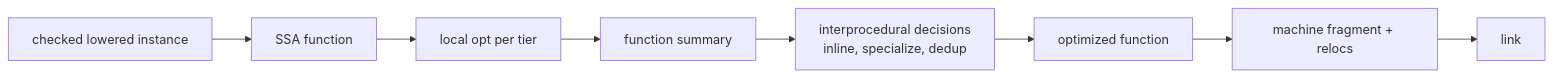
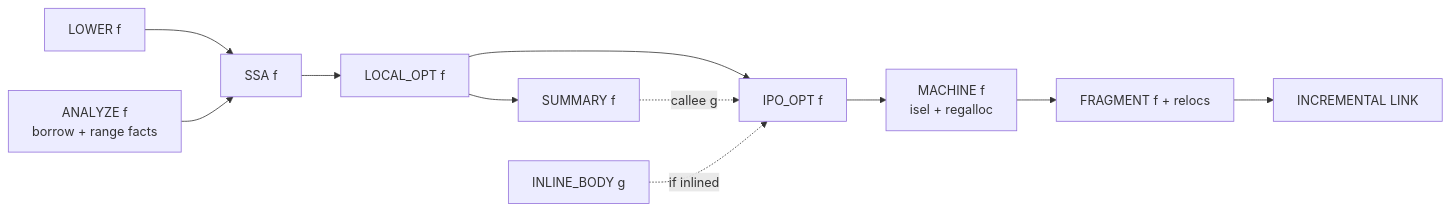
Before and after one commit to 1jehuang/justrust: the diagram in OPTIMIZATION.md, drawn with Mermaid. The commit also changed other lines of this file and 1 other file, not shown here.

Commit message:
Document adaptive graph-native optimizer design, profile semantics and JR_OPT off switch

````diff
--- a/OPTIMIZATION.md
+++ b/OPTIMIZATION.md
@@ -57,10 +145,13 @@
 ```mermaid
 flowchart LR
-  A[checked lowered instance] --> B[SSA function]
-  B --> C[local opt per tier]
-  C --> D[function summary]
-  D --> E[interprocedural decisions<br/>inline, specialize, dedup]
-  E --> F[optimized function]
-  F --> G[machine fragment + relocs]
-  G --> H[link]
+  L[LOWER f] --> S[SSA f]
+  A[ANALYZE f<br/>borrow + range facts] --> S
+  S --> O1[LOCAL_OPT f]
+  O1 --> SUM[SUMMARY f]
+  O1 --> IPO[IPO_OPT f]
+  SUM -. callee g .-> IPO
+  INL[INLINE_BODY g] -. if inlined .-> IPO
+  IPO --> MC[MACHINE f<br/>isel + regalloc]
+  MC --> FR[FRAGMENT f + relocs]
+  FR --> LK[INCREMENTAL LINK]
 ```
````
